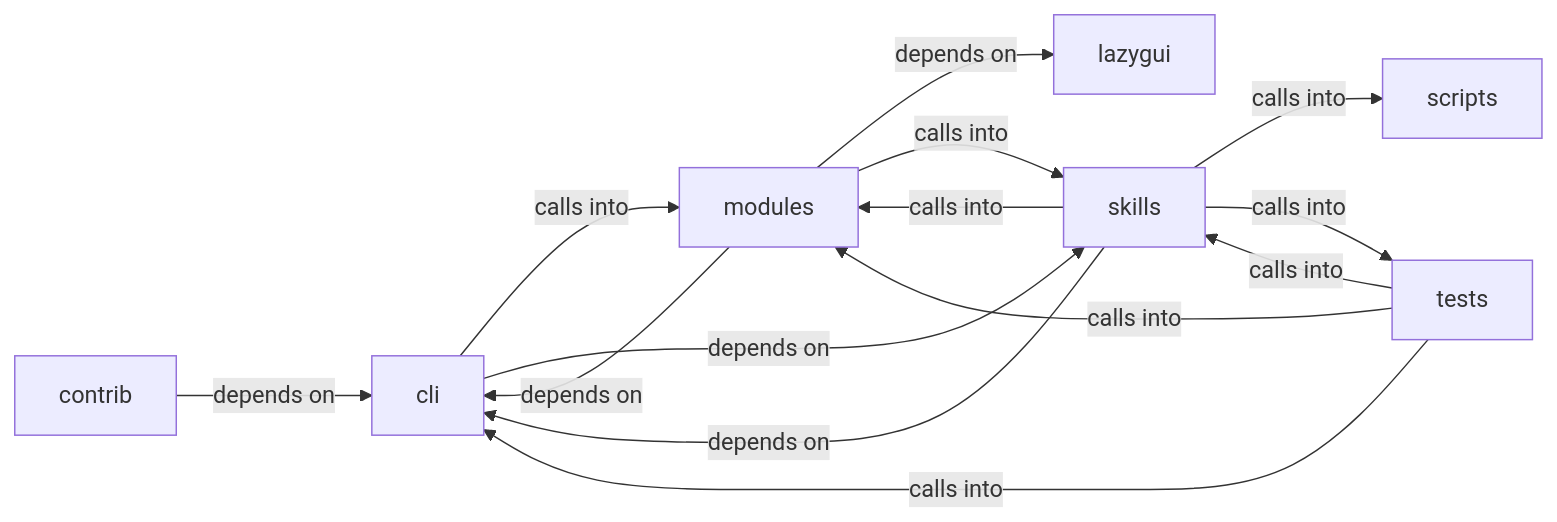
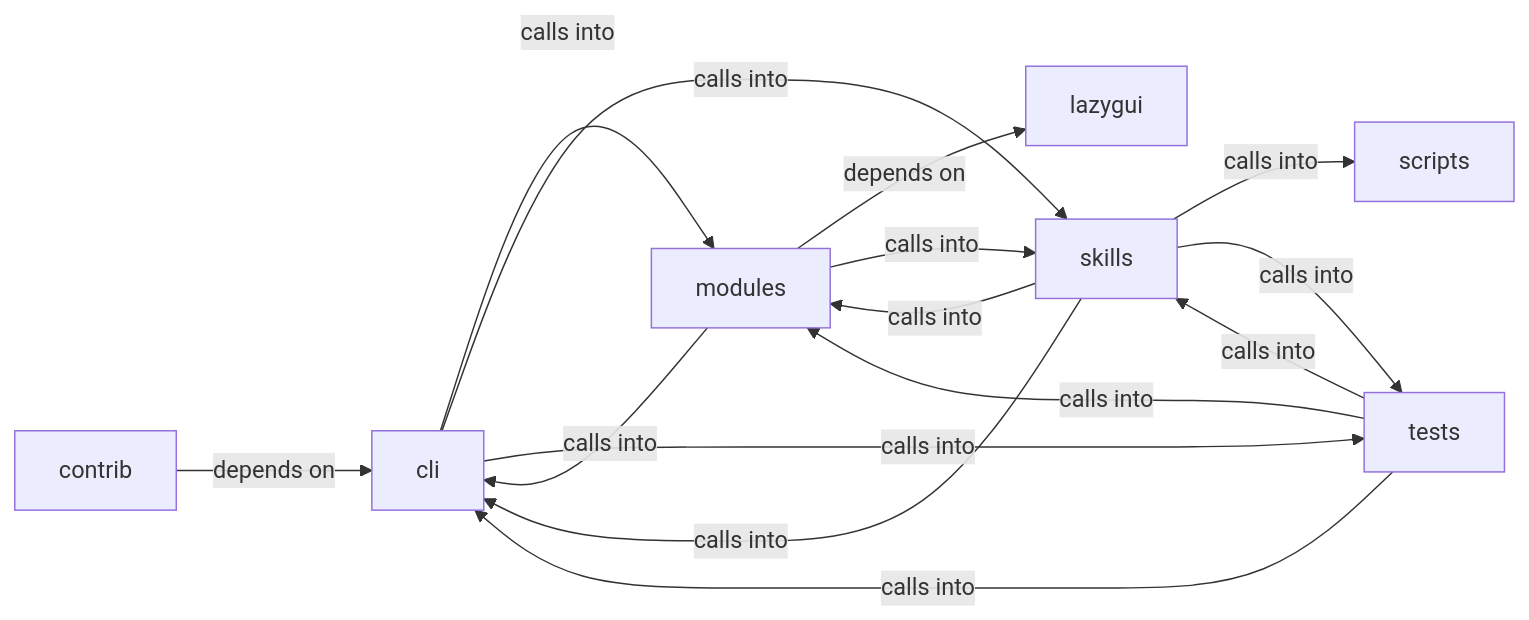
The diagram in readmenator-diagrams/modules_autonomous_daemon.md (grisuno/LazyOwn), drawn with Mermaid before and after one commit. The commit also changed other lines of this file and 764 other files, not shown here.

````diff
--- a/readmenator-diagrams/modules_autonomous_daemon.md
+++ b/readmenator-diagrams/modules_autonomous_daemon.md
@@ -5,23 +5,24 @@
 ```mermaid
 graph LR
     cli["cli"]
     contrib["contrib"]
     lazygui["lazygui"]
     modules["modules"]
     scripts["scripts"]
     skills["skills"]
     tests["tests"]
     cli -- "calls into" --> modules
-    cli -- "depends on" --> skills
+    cli -- "calls into" --> skills
+    cli -- "calls into" --> tests
     contrib -- "depends on" --> cli
-    modules -- "depends on" --> cli
+    modules -- "calls into" --> cli
     modules -- "depends on" --> lazygui
     modules -- "calls into" --> skills
-    skills -- "depends on" --> cli
+    skills -- "calls into" --> cli
     skills -- "calls into" --> modules
     skills -- "calls into" --> scripts
     skills -- "calls into" --> tests
     tests -- "calls into" --> cli
     tests -- "calls into" --> modules
     tests -- "calls into" --> skills
 ```
````
